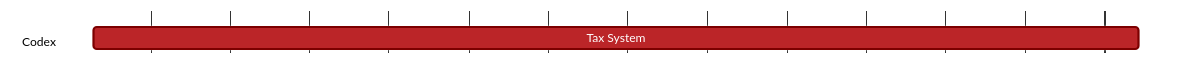
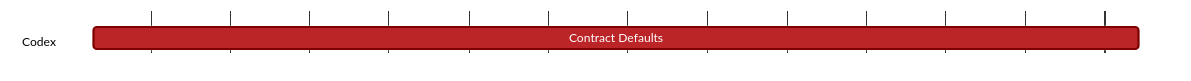
One commit to logos-co/roadmap changed the diagram in content/vac/tke/g/codex/contract-defaults.md. Above: the diagram before and after it, drawn with Mermaid. The commit also changed 3 other files, not shown here.

Commit message:
Fixing section in mermaid of TMs #3

````diff
--- a/content/vac/tke/g/codex/contract-defaults.md
+++ b/content/vac/tke/g/codex/contract-defaults.md
@@ -7,19 +7,19 @@
 ```mermaid
 %%{ 
   init: { 
     'theme': 'base', 
     'themeVariables': { 
       'primaryColor': '#BB2528', 
       'primaryTextColor': '#fff', 
       'primaryBorderColor': '#7C0000', 
       'lineColor': '#F8B229', 
       'secondaryColor': '#006100', 
       'tertiaryColor': '#fff' 
     } 
   } 
 }%%
 gantt
 	dateFormat YYYY-MM-DD
 	section Codex
-		Tax System :, 2024-10-01, 2025-01-01
+		Contract Defaults :, 2024-10-01, 2025-01-01
 ```
````
